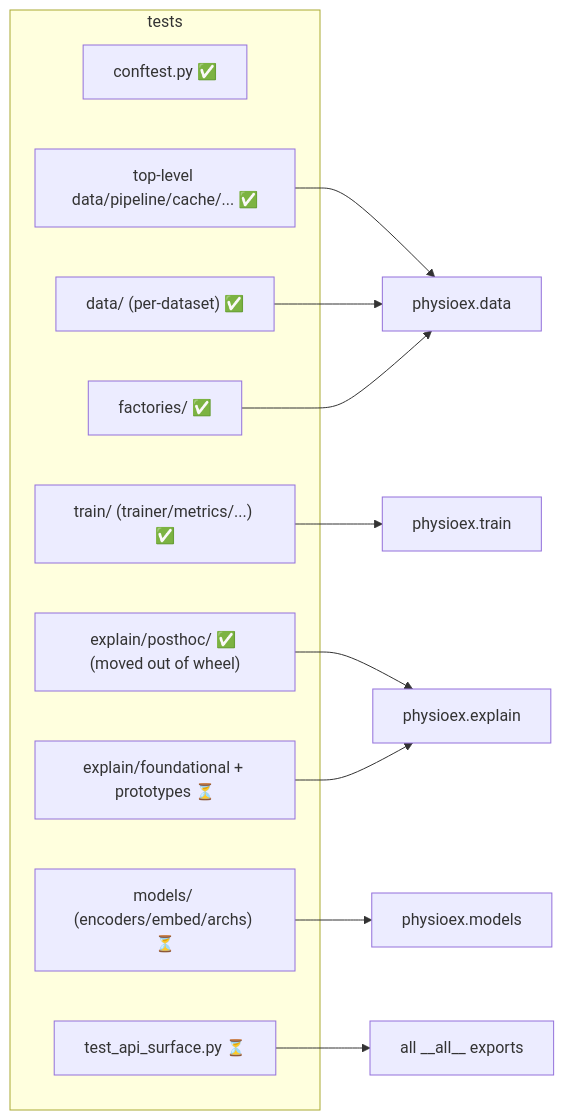
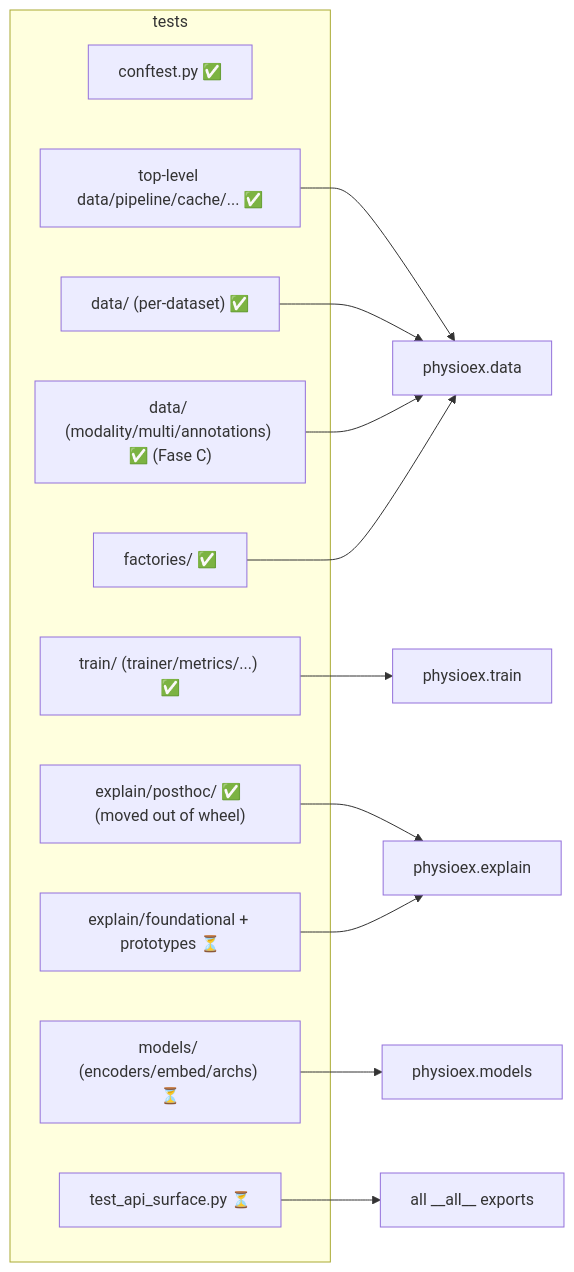
Before and after one commit to guidogagl/physioex: the third of 3 diagrams in docs/pages/architecture/testing/overview.md, drawn with Mermaid. The commit also changed other lines of this file, not shown here.

Commit message:
docs(fase-c): update Diagram B with new data-layer test modules

````diff
--- a/docs/pages/architecture/testing/overview.md
+++ b/docs/pages/architecture/testing/overview.md
@@ -68,22 +68,24 @@
 ```mermaid
 flowchart LR
     subgraph tests
         CF["conftest.py ✅"]
         FAC["factories/ ✅"]
         TD["top-level data/pipeline/cache/... ✅"]
         TDATA["data/ (per-dataset) ✅"]
+        TDU["data/ (modality/multi/annotations) ✅ (Fase C)"]
         TT["train/ (trainer/metrics/...) ✅"]
         TE["explain/posthoc/ ✅ (moved out of wheel)"]
         TEF["explain/foundational + prototypes ⏳"]
         TM["models/ (encoders/embed/archs) ⏳"]
         TA["test_api_surface.py ⏳"]
     end
     TD --> DATA["physioex.data"]
     TDATA --> DATA
+    TDU --> DATA
     TT --> TRAIN["physioex.train"]
     TE --> EXPLAIN["physioex.explain"]
     TEF --> EXPLAIN
     TM --> MODELS["physioex.models"]
     TA --> ALL["all __all__ exports"]
     FAC --> DATA
 ```
````
